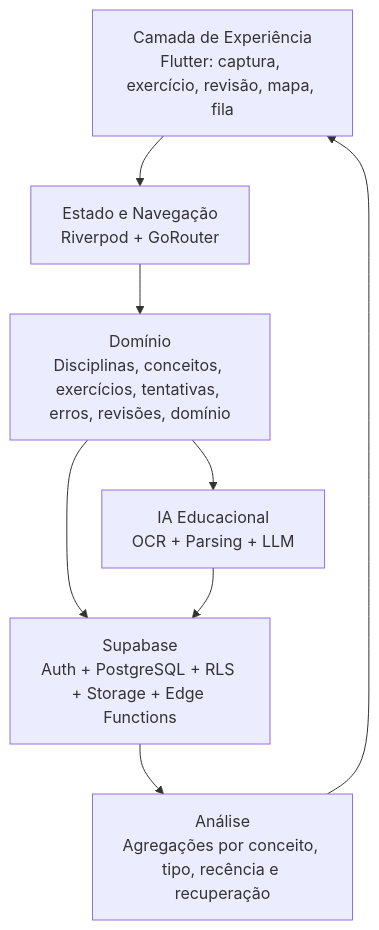
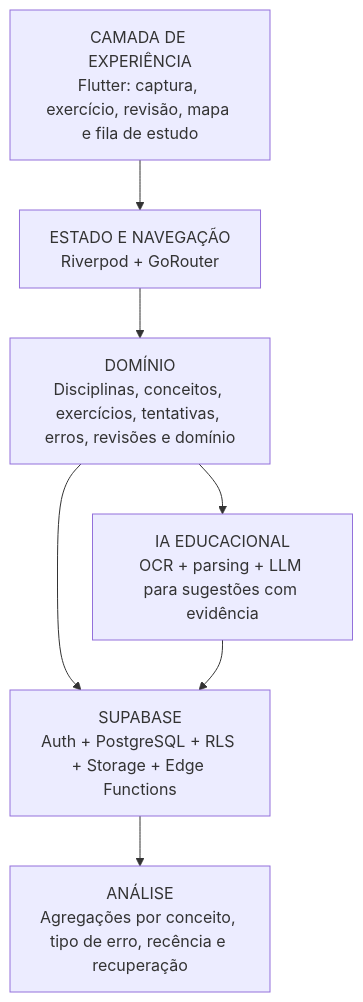
One commit to CFSJCODE/MistakeMap changed the third of 6 diagrams in .github/README.md. Above: the diagram before and after it, drawn with Mermaid. The commit also changed other lines of this file and 1 other file, not shown here.

````diff
--- a/.github/README.md
+++ b/.github/README.md
@@ -472,17 +551,16 @@
 ```mermaid
 flowchart TB
-    UI["Camada de Experiência<br/>Flutter: captura, exercício, revisão, mapa, fila"]
-    STATE["Estado e Navegação<br/>Riverpod + GoRouter"]
-    DOMAIN["Domínio<br/>Disciplinas, conceitos, exercícios, tentativas, erros, revisões, domínio"]
-    AI["IA Educacional<br/>OCR + Parsing + LLM"]
-    BACKEND["Supabase<br/>Auth + PostgreSQL + RLS + Storage + Edge Functions"]
-    ANALYTICS["Análise<br/>Agregações por conceito, tipo, recência e recuperação"]
+    UX["CAMADA DE EXPERIÊNCIA<br/>Flutter: captura, exercício, revisão, mapa e fila de estudo"]
+    STATE["ESTADO E NAVEGAÇÃO<br/>Riverpod + GoRouter"]
+    DOMAIN["DOMÍNIO<br/>Disciplinas, conceitos, exercícios, tentativas, erros, revisões e domínio"]
+    AI["IA EDUCACIONAL<br/>OCR + parsing + LLM para sugestões com evidência"]
+    SB["SUPABASE<br/>Auth + PostgreSQL + RLS + Storage + Edge Functions"]
+    ANALYSIS["ANÁLISE<br/>Agregações por conceito, tipo de erro, recência e recuperação"]
 
-    UI --> STATE
+    UX --> STATE
     STATE --> DOMAIN
     DOMAIN --> AI
-    DOMAIN --> BACKEND
-    AI --> BACKEND
-    BACKEND --> ANALYTICS
-    ANALYTICS --> UI
+    DOMAIN --> SB
+    AI --> SB
+    SB --> ANALYSIS
 ```
````
